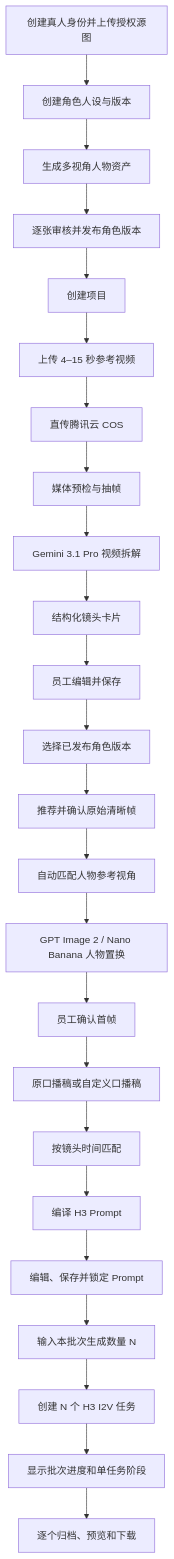
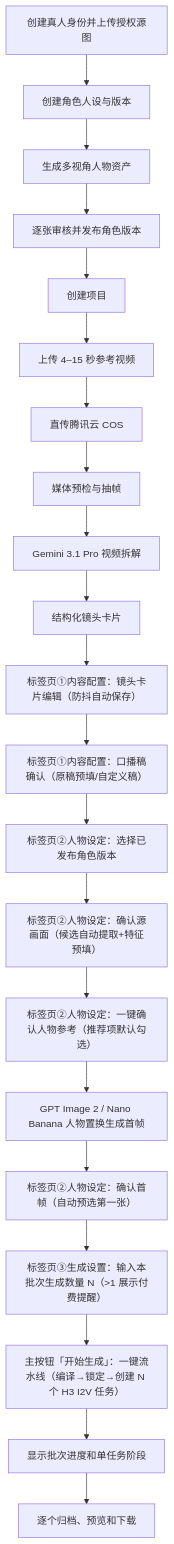
Before and after one commit to phlong026/xiangshu-video-replica: the first of 2 diagrams in docs/短视频复刻桌面端开发说明.md, drawn with Mermaid. The commit also changed other lines of this file and 44 other files, not shown here.

```diff
--- a/docs/短视频复刻桌面端开发说明.md
+++ b/docs/短视频复刻桌面端开发说明.md
@@ -155,26 +155,23 @@
 ~~~mermaid
 flowchart TB
     A["创建真人身份并上传授权源图"] --> B["创建角色人设与版本"]
     B --> C["生成多视角人物资产"]
     C --> D["逐张审核并发布角色版本"]
     D --> E["创建项目"]
     E --> F["上传 4–15 秒参考视频"]
     F --> G["直传腾讯云 COS"]
     G --> H["媒体预检与抽帧"]
     H --> I["Gemini 3.1 Pro 视频拆解"]
     I --> J["结构化镜头卡片"]
-    J --> K["员工编辑并保存"]
-    K --> L["选择已发布角色版本"]
-    L --> M["推荐并确认原始清晰帧"]
-    M --> N["自动匹配人物参考视角"]
-    N --> O["GPT Image 2 / Nano Banana 人物置换"]
-    O --> P["员工确认首帧"]
-    P --> Q["原口播稿或自定义口播稿"]
-    Q --> R["按镜头时间匹配"]
-    R --> S["编译 H3 Prompt"]
-    S --> T["编辑、保存并锁定 Prompt"]
-    T --> U["输入本批次生成数量 N"]
-    U --> V["创建 N 个 H3 I2V 任务"]
+    J --> K["标签页①内容配置：镜头卡片编辑（防抖自动保存）"]
+    K --> Q["标签页①内容配置：口播稿确认（原稿预填/自定义稿）"]
+    Q --> L["标签页②人物设定：选择已发布角色版本"]
+    L --> M["标签页②人物设定：确认源画面（候选自动提取+特征预填）"]
+    M --> N["标签页②人物设定：一键确认人物参考（推荐项默认勾选）"]
+    N --> O["GPT Image 2 / Nano Banana 人物置换生成首帧"]
+    O --> P["标签页②人物设定：确认首帧（自动预选第一张）"]
+    P --> U["标签页③生成设置：输入本批次生成数量 N（>1 展示付费提醒）"]
+    U --> V["主按钮「开始生成」：一键流水线（编译→锁定→创建 N 个 H3 I2V 任务）"]
     V --> W["显示批次进度和单任务阶段"]
     W --> X["逐个归档、预览和下载"]
 ~~~
```
